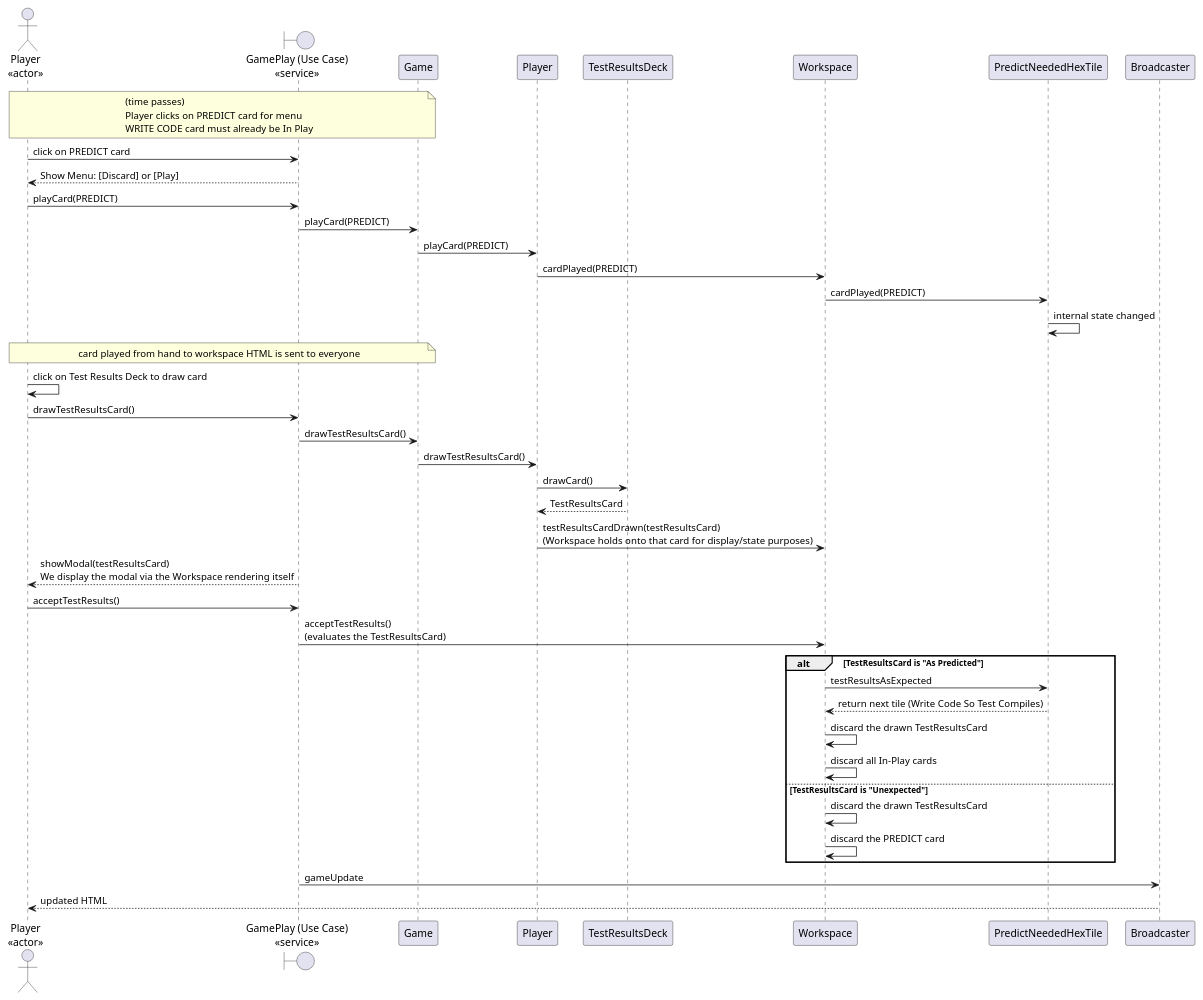
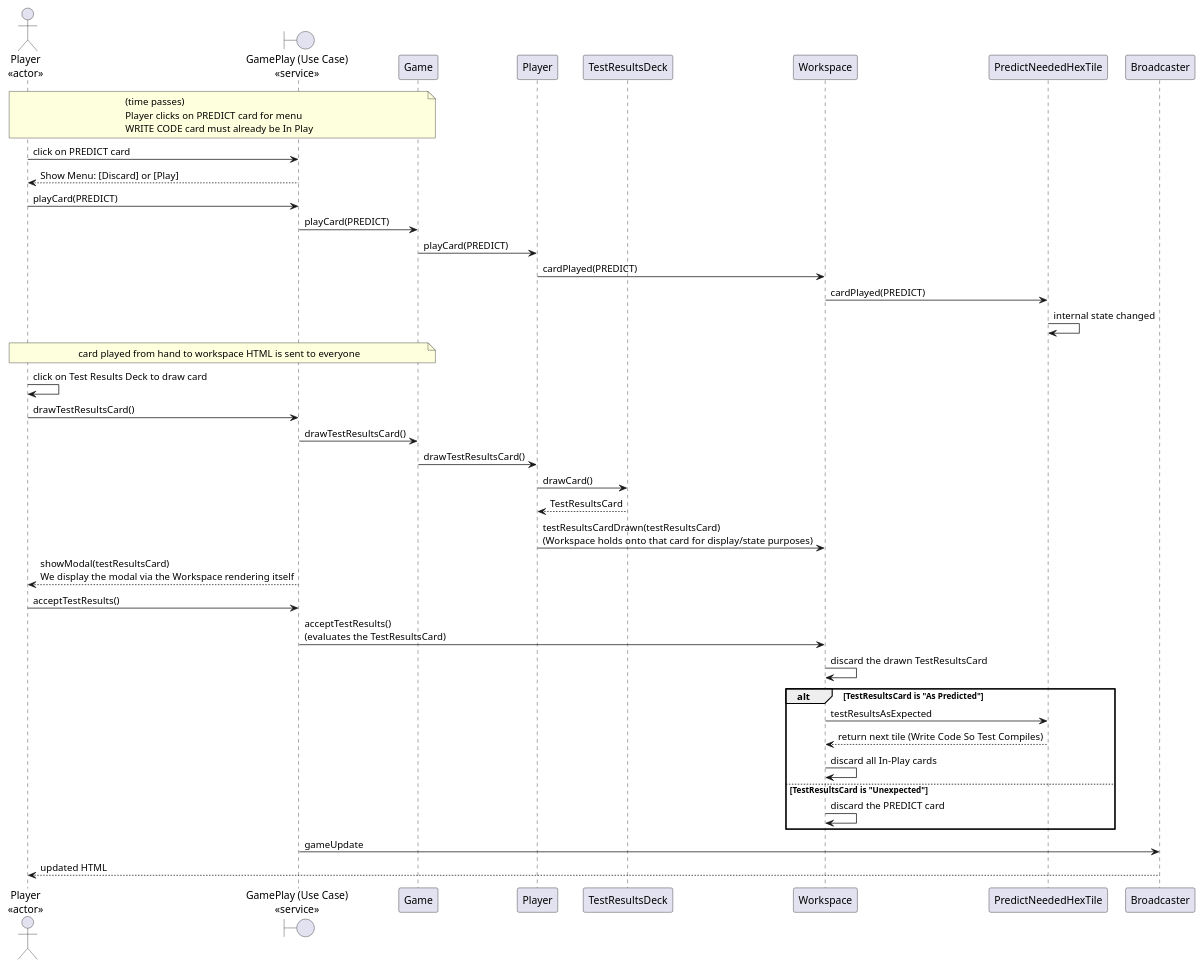
The diagram in diagrams-docs/play-predict-card-sequence.puml (jitterted/tdd-game), drawn with PlantUML before and after one commit. The commit also changed 1 other file, not shown here.

Commit message:
Update sequence diagram and next tasks

```diff
--- a/diagrams-docs/play-predict-card-sequence.puml
+++ b/diagrams-docs/play-predict-card-sequence.puml
@@ -1,42 +1,41 @@
 @startuml
 actor "Player\n<<actor>>" as PlayerActor
 boundary "GamePlay (Use Case)\n<<service>>" as GamePlay
 participant Game
 participant Player
 participant TestResultsDeck
 participant Workspace
 participant PredictNeededHexTile
 
 note over PlayerActor, Game: (time passes)\nPlayer clicks on PREDICT card for menu\nWRITE CODE card must already be In Play
 
 PlayerActor -> GamePlay : click on PREDICT card
 PlayerActor <-- GamePlay : Show Menu: [Discard] or [Play]
 PlayerActor -> GamePlay: playCard(PREDICT)
 GamePlay -> Game: playCard(PREDICT)
 Game -> Player: playCard(PREDICT)
 Player -> Workspace: cardPlayed(PREDICT)
 Workspace -> PredictNeededHexTile: cardPlayed(PREDICT)
 PredictNeededHexTile -> PredictNeededHexTile: internal state changed
 note over PlayerActor, Game: card played from hand to workspace HTML is sent to everyone
 PlayerActor -> PlayerActor: click on Test Results Deck to draw card
 PlayerActor -> GamePlay: drawTestResultsCard()
 GamePlay -> Game: drawTestResultsCard()
 Game -> Player:  drawTestResultsCard()
 Player -> TestResultsDeck: drawCard()
 Player <-- TestResultsDeck: TestResultsCard
 Player -> Workspace: testResultsCardDrawn(testResultsCard)\n(Workspace holds onto that card for display/state purposes)
 GamePlay --> PlayerActor: showModal(testResultsCard)\nWe display the modal via the Workspace rendering itself
 PlayerActor -> GamePlay: acceptTestResults()
 GamePlay -> Workspace: acceptTestResults()\n(evaluates the TestResultsCard)
+Workspace -> Workspace: discard the drawn TestResultsCard
 alt TestResultsCard is "As Predicted"
     Workspace -> PredictNeededHexTile: testResultsAsExpected
     PredictNeededHexTile --> Workspace: return next tile (Write Code So Test Compiles)
-    Workspace -> Workspace: discard the drawn TestResultsCard
     Workspace -> Workspace: discard all In-Play cards
 else TestResultsCard is "Unexpected"
-    Workspace -> Workspace: discard the drawn TestResultsCard
     Workspace -> Workspace: discard the PREDICT card
 end
 GamePlay -> Broadcaster: gameUpdate
 Broadcaster --> PlayerActor: updated HTML
 @enduml
```
